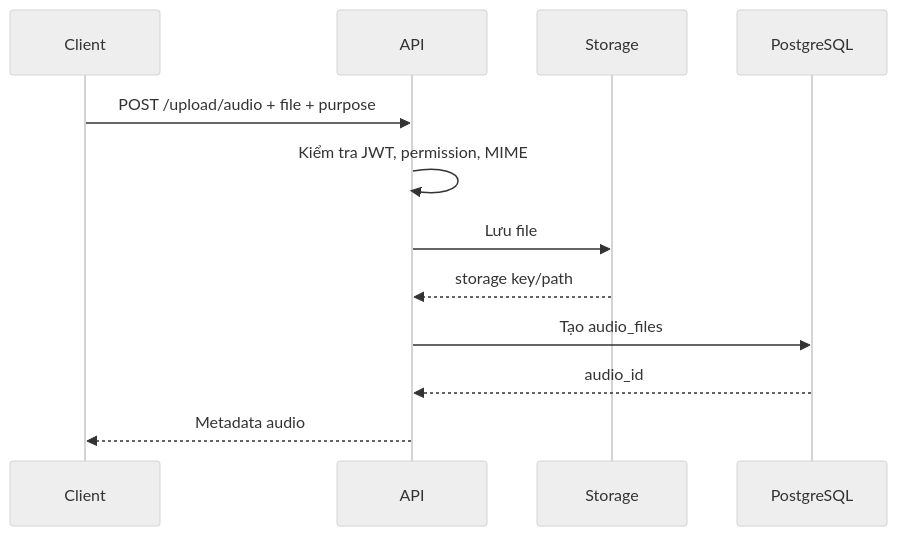
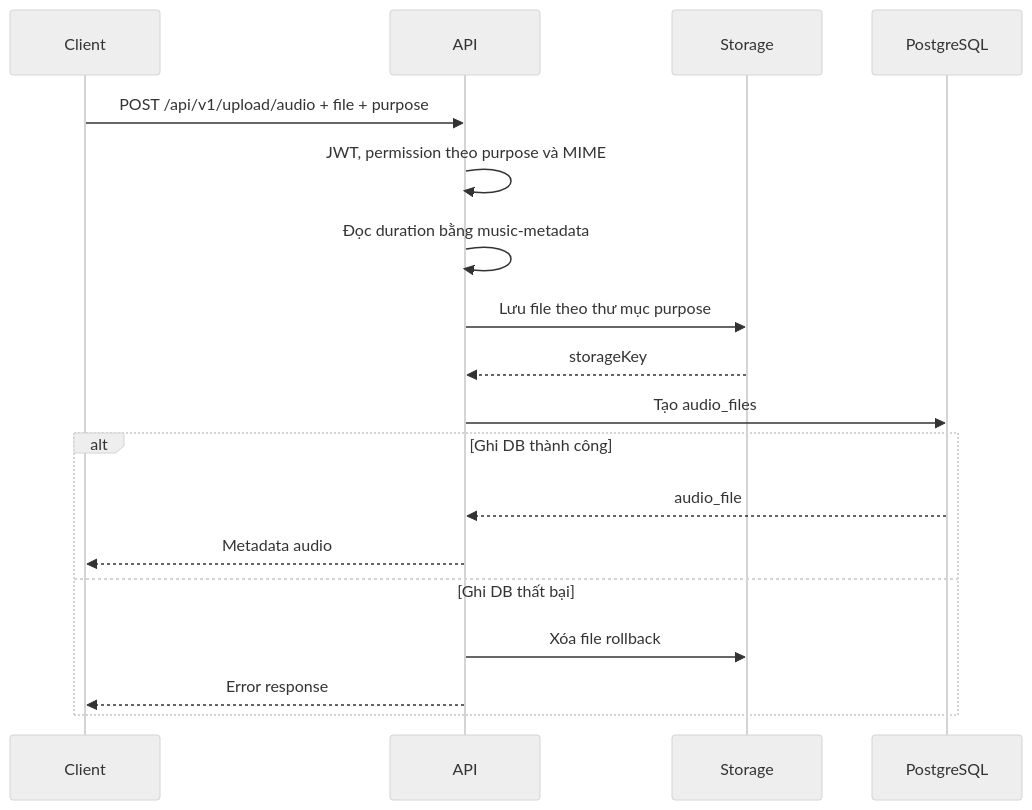
One commit to SSIT-joint-stock/identify-voice-base changed the sixth of 29 diagrams in docs/architecture/data-flow.md. Above: the diagram before and after it, drawn with Mermaid (neutral theme). The commit also changed other lines of this file and 1 other file, not shown here.

Commit message:
docs: enhance data flow documentation with detailed coverage matrix and pipeline overview

````diff
--- a/docs/architecture/data-flow.md
+++ b/docs/architecture/data-flow.md
@@ -45,15 +192,22 @@
 ```mermaid
 sequenceDiagram
     participant C as Client
     participant A as API
     participant S as Storage
     participant D as PostgreSQL
 
-    C->>A: POST /upload/audio + file + purpose
-    A->>A: Kiểm tra JWT, permission, MIME
-    A->>S: Lưu file
-    S-->>A: storage key/path
+    C->>A: POST /api/v1/upload/audio + file + purpose
+    A->>A: JWT, permission theo purpose và MIME
+    A->>A: Đọc duration bằng music-metadata
+    A->>S: Lưu file theo thư mục purpose
+    S-->>A: storageKey
     A->>D: Tạo audio_files
-    D-->>A: audio_id
-    A-->>C: Metadata audio
+
+    alt Ghi DB thành công
+        D-->>A: audio_file
+        A-->>C: Metadata audio
+    else Ghi DB thất bại
+        A->>S: Xóa file rollback
+        A-->>C: Error response
+    end
 ```
````
